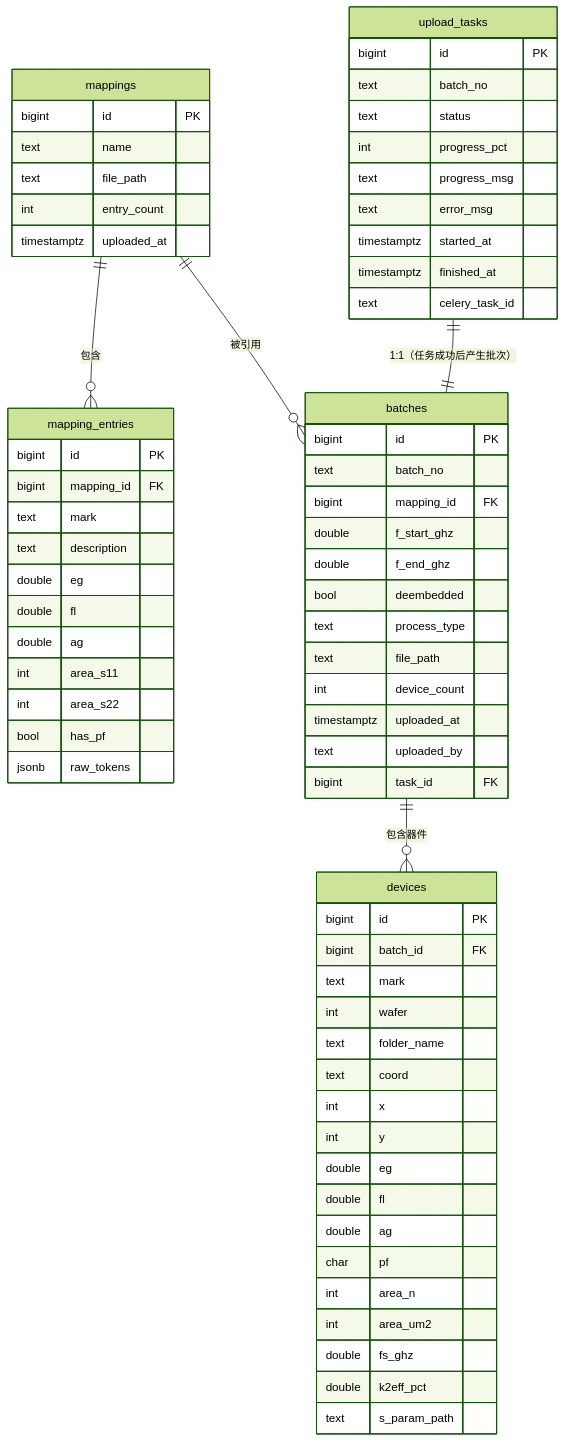
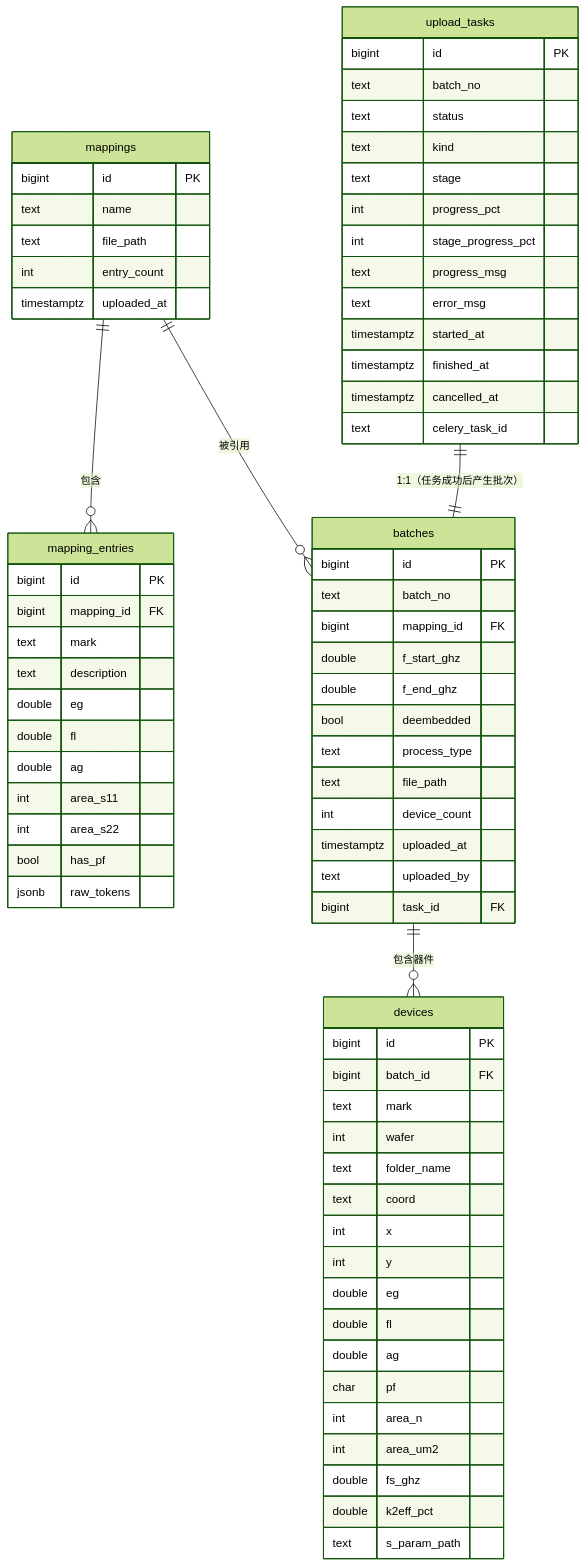
One commit to bzJing925/resonator-data-platform changed the diagram in docs/database-schema.md. Above: the diagram before and after it, drawn with Mermaid (forest theme). The commit also changed other lines of this file and 4 other files, not shown here.

Commit message:
docs(api/schema): document cancel endpoint and upload_tasks schema changes

````diff
--- a/docs/database-schema.md
+++ b/docs/database-schema.md
@@ -35,72 +35,76 @@
 ```mermaid
 erDiagram
     mappings ||--o{ mapping_entries : "包含"
     mappings ||--o{ batches         : "被引用"
     upload_tasks ||--|| batches     : "1:1（任务成功后产生批次）"
     batches  ||--o{ devices         : "包含器件"
 
     mappings {
         bigint id PK
         text   name
         text   file_path
         int    entry_count
         timestamptz uploaded_at
     }
     mapping_entries {
         bigint id PK
         bigint mapping_id FK
         text   mark
         text   description
         double eg
         double fl
         double ag
         int    area_s11
         int    area_s22
         bool   has_pf
         jsonb  raw_tokens
     }
     batches {
         bigint id PK
         text   batch_no
         bigint mapping_id FK
         double f_start_ghz
         double f_end_ghz
         bool   deembedded
         text   process_type
         text   file_path
         int    device_count
         timestamptz uploaded_at
         text   uploaded_by
         bigint task_id FK
     }
     devices {
         bigint id PK
         bigint batch_id FK
         text   mark
         int    wafer
         text   folder_name
         text   coord
         int    x
         int    y
         double eg
         double fl
         double ag
         char   pf
         int    area_n
         int    area_um2
         double fs_ghz
         double k2eff_pct
         text   s_param_path
     }
     upload_tasks {
         bigint id PK
         text   batch_no
         text   status
+        text   kind
+        text   stage
         int    progress_pct
+        int    stage_progress_pct
         text   progress_msg
         text   error_msg
         timestamptz started_at
         timestamptz finished_at
+        timestamptz cancelled_at
         text   celery_task_id
     }
 ```
````
